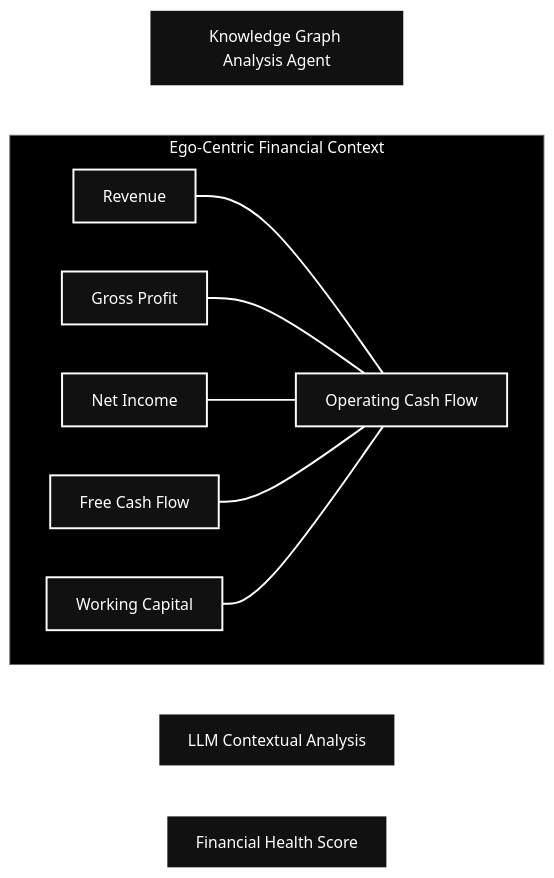
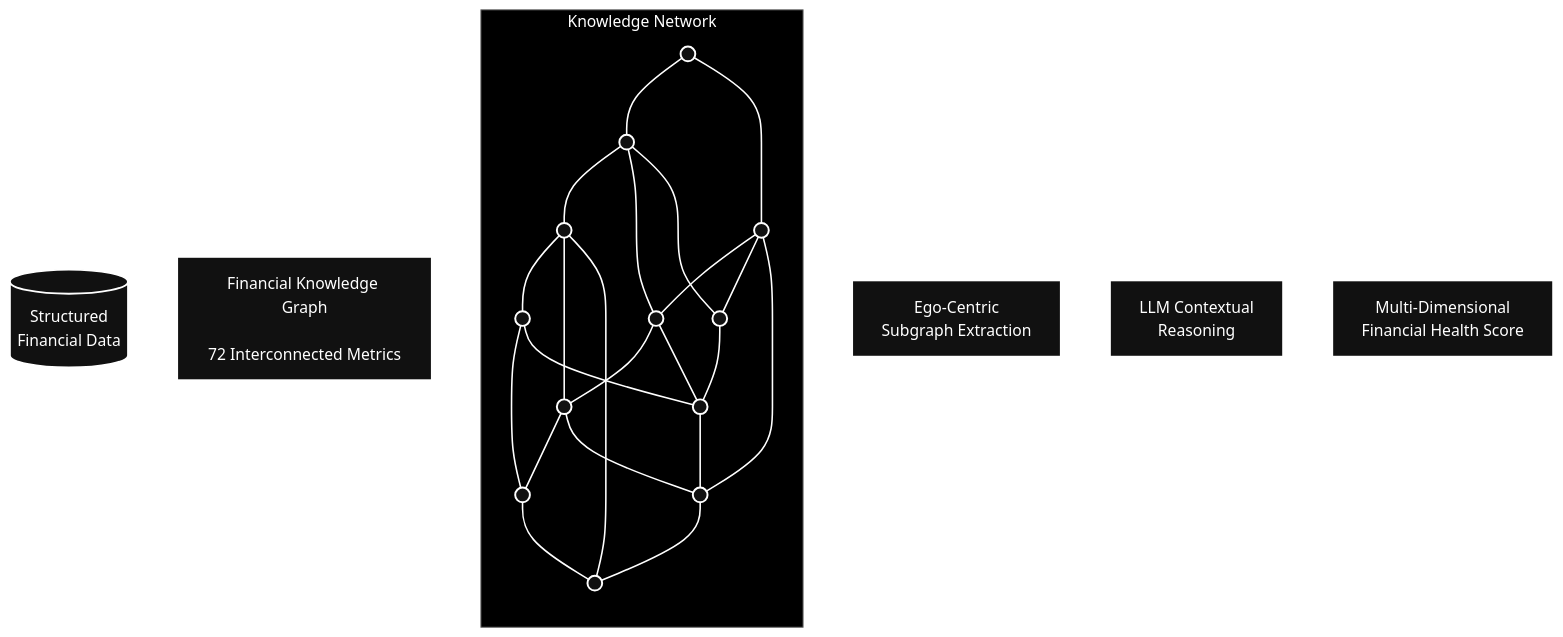
Before and after one commit to Shiva498689/GDG_PS: the diagram in README.md, drawn with Mermaid.

````diff
--- a/README.md
+++ b/README.md
@@ -1,39 +1,67 @@
 ```mermaid
-flowchart TB
+flowchart LR
 
-    AGENT["Knowledge Graph Analysis Agent"]
+    INPUT[(Structured<br/>Financial Data)]
 
-    subgraph EGO["Ego-Centric Financial Context"]
+    GRAPH["Financial Knowledge Graph<br/><br/>72 Interconnected Metrics"]
 
-        CENTER["Operating Cash Flow"]
+    subgraph NETWORK["Knowledge Network"]
 
-        REV["Revenue"]
-        GP["Gross Profit"]
-        NI["Net Income"]
-        FCF["Free Cash Flow"]
-        WC["Working Capital"]
+        N1(( ))
+        N2(( ))
+        N3(( ))
+        N4(( ))
+        N5(( ))
+        N6(( ))
+        N7(( ))
+        N8(( ))
+        N9(( ))
+        N10(( ))
+        N11(( ))
+        N12(( ))
 
-        REV --- CENTER
-        GP --- CENTER
-        NI --- CENTER
-        FCF --- CENTER
-        WC --- CENTER
+        N1 --- N2
+        N1 --- N5
+        N2 --- N3
+        N2 --- N6
+        N3 --- N4
+        N3 --- N7
+        N4 --- N8
+        N5 --- N6
+        N5 --- N9
+        N6 --- N7
+        N6 --- N10
+        N7 --- N8
+        N7 --- N11
+        N8 --- N12
+        N9 --- N10
+        N10 --- N11
+        N11 --- N12
+        N2 --- N9
+        N4 --- N10
+        N5 --- N11
+        N3 --- N12
 
     end
 
-    AI["LLM Contextual Analysis"]
+    EGO["Ego-Centric<br/>Subgraph Extraction"]
 
-    SCORE["Financial Health Score"]
+    LLM["LLM Contextual<br/>Reasoning"]
 
-    AGENT --> EGO
-    EGO --> AI
-    AI --> SCORE
+    OUTPUT["Multi-Dimensional<br/>Financial Health Score"]
+
+    INPUT --> GRAPH
+    GRAPH --> NETWORK
+    NETWORK --> EGO
+    EGO --> LLM
+    LLM --> OUTPUT
 
     classDef dark fill:#111111,stroke:#FFFFFF,color:#FFFFFF,stroke-width:2px;
 
-    class AGENT,CENTER,REV,GP,NI,FCF,WC,AI,SCORE dark;
+    class INPUT,GRAPH,EGO,LLM,OUTPUT dark;
+    class N1,N2,N3,N4,N5,N6,N7,N8,N9,N10,N11,N12 dark;
 
-    style EGO fill:#000000,stroke:#666666,color:#FFFFFF
+    style NETWORK fill:#000000,stroke:#666666,color:#FFFFFF
 
-    linkStyle default stroke:#FFFFFF,stroke-width:2px
+    linkStyle default stroke:#FFFFFF,stroke-width:1.6px
 ```
````
